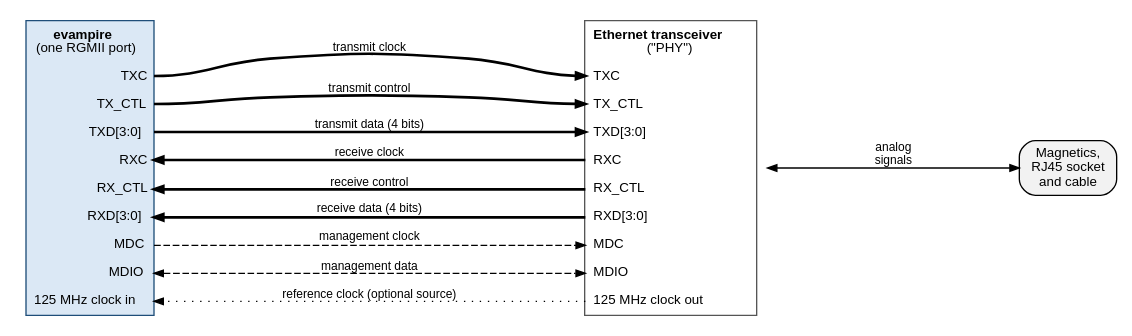
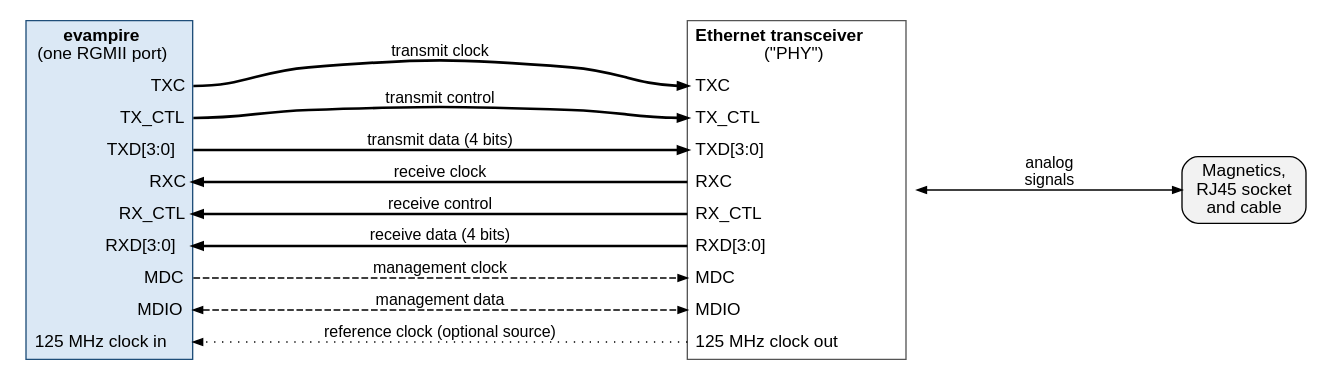
The diagram in docs/ethernet/rgmii/connection.dot (mithro/evampire), drawn with Graphviz before and after one commit. The commit also changed 2 other files, not shown here.

Commit message:
Show clock inputs and use larger text in RGMII diagrams
Add the clock edges to the output-stage diagram, label the link-status
crossing in the clock-domain diagram as a single synchronised bit, and
raise the font size in three diagrams.

```diff
--- a/docs/ethernet/rgmii/connection.dot
+++ b/docs/ethernet/rgmii/connection.dot
@@ -1,57 +1,57 @@
 // Signals between one evampire port and one Ethernet transceiver.
 //
 // SPDX-License-Identifier: Apache-2.0
 
 digraph rgmii_connection {
-    graph [rankdir=LR, fontname="Helvetica", fontsize=11, nodesep=0.2,
+    graph [rankdir=LR, fontname="Helvetica", fontsize=14, nodesep=0.2,
            ranksep=2.2];
-    node  [shape=plaintext, fontname="Helvetica", fontsize=10];
-    edge  [fontname="Helvetica", fontsize=9, arrowsize=0.7];
+    node  [shape=plaintext, fontname="Helvetica", fontsize=13];
+    edge  [fontname="Helvetica", fontsize=12, arrowsize=0.7];
 
     chip [label=<
       <table border="1" cellborder="0" cellspacing="0" cellpadding="5"
              bgcolor="#dbe8f5" color="#1f4e79">
         <tr><td colspan="2"><b>evampire</b><br/>(one RGMII port)</td></tr>
         <tr><td port="txc"  align="right">TXC</td></tr>
         <tr><td port="txctl" align="right">TX_CTL</td></tr>
         <tr><td port="txd"  align="right">TXD[3:0]</td></tr>
         <tr><td port="rxc"  align="right">RXC</td></tr>
         <tr><td port="rxctl" align="right">RX_CTL</td></tr>
         <tr><td port="rxd"  align="right">RXD[3:0]</td></tr>
         <tr><td port="mdc"  align="right">MDC</td></tr>
         <tr><td port="mdio" align="right">MDIO</td></tr>
         <tr><td port="clk"  align="right">125 MHz clock in</td></tr>
       </table>>];
 
     phy [label=<
       <table border="1" cellborder="0" cellspacing="0" cellpadding="5"
              bgcolor="#ffffff" color="#555555">
         <tr><td colspan="2"><b>Ethernet transceiver</b><br/>("PHY")</td></tr>
         <tr><td port="txc"  align="left">TXC</td></tr>
         <tr><td port="txctl" align="left">TX_CTL</td></tr>
         <tr><td port="txd"  align="left">TXD[3:0]</td></tr>
         <tr><td port="rxc"  align="left">RXC</td></tr>
         <tr><td port="rxctl" align="left">RX_CTL</td></tr>
         <tr><td port="rxd"  align="left">RXD[3:0]</td></tr>
         <tr><td port="mdc"  align="left">MDC</td></tr>
         <tr><td port="mdio" align="left">MDIO</td></tr>
         <tr><td port="clk"  align="left">125 MHz clock out</td></tr>
       </table>>];
 
     cable [shape=box, style="rounded,filled", fillcolor="#f2f2f2",
            label="Magnetics,\nRJ45 socket\nand cable"];
 
     chip:txc:e   -> phy:txc:w   [label="transmit clock", penwidth=2];
     chip:txctl:e -> phy:txctl:w [label="transmit control", penwidth=2];
     chip:txd:e   -> phy:txd:w   [label="transmit data (4 bits)", penwidth=2];
     phy:rxc:w    -> chip:rxc:e  [label="receive clock", penwidth=2];
     phy:rxctl:w  -> chip:rxctl:e [label="receive control", penwidth=2];
     phy:rxd:w    -> chip:rxd:e  [label="receive data (4 bits)", penwidth=2];
     chip:mdc:e   -> phy:mdc:w   [label="management clock", style=dashed];
     chip:mdio:e  -> phy:mdio:w  [label="management data", style=dashed,
                                  dir=both];
     phy:clk:w    -> chip:clk:e  [label="reference clock (optional source)",
                                  style=dotted];
 
     phy -> cable [dir=both, label="analog\nsignals"];
 }
```
